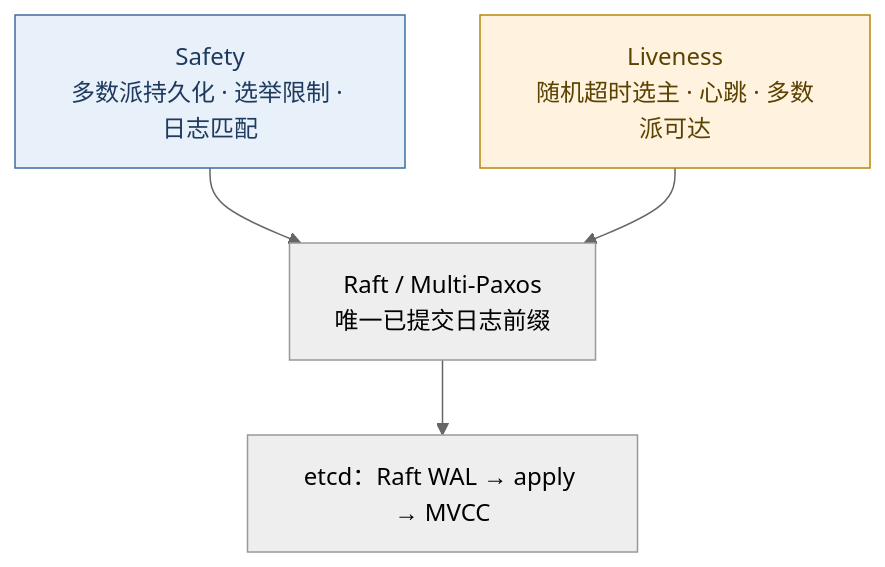
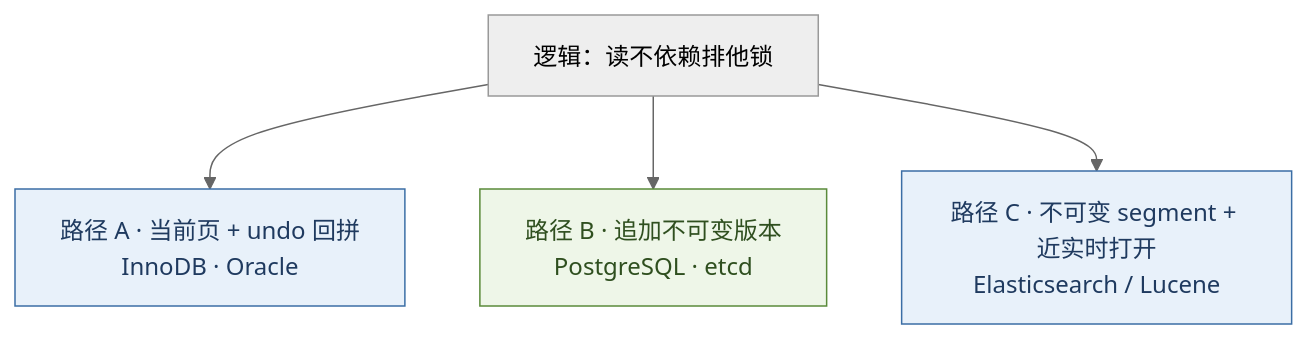
One commit to xiaxinyu/knowledge_base changed the second of 6 diagrams in 20-architecture/29a-data-store-wal-mvcc-treatise.md. Above: the diagram before and after it, drawn with Mermaid (neutral theme). The commit also changed other lines of this file and 1 other file, not shown here.

Commit message:
Revise Data Store WAL and MVCC treatise to clarify the concept of storage contracts and consensus logs. Update terminology and structure for better understanding of durability, concurrency, and cluster contracts. Enhance coherence with existing treatises and improve overall readability.

````diff
--- a/20-architecture/29a-data-store-wal-mvcc-treatise.md
+++ b/20-architecture/29a-data-store-wal-mvcc-treatise.md
@@ -277,11 +212,9 @@
 ```mermaid
 flowchart TB
-  classDef s fill:#e8f1fa,stroke:#3b6ea5,color:#1f3a5f
-  classDef l fill:#fff3e0,stroke:#b8860b,color:#5a4200
+  classDef a fill:#e8f1fa,stroke:#3b6ea5,color:#1f3a5f
+  classDef b fill:#eef6e8,stroke:#5a8a3a,color:#2f4f1f
 
-  S["Safety<br/>多数派持久化 · 选举限制 · 日志匹配"]:::s
-  L["Liveness<br/>随机超时选主 · 心跳 · 多数派可达"]:::l
-  S --> R["Raft / Multi-Paxos<br/>唯一已提交日志前缀"]
-  L --> R
-  R --> W["etcd：Raft WAL → apply → MVCC"]
+  M["逻辑：读不依赖排他锁"] --> U["路径 A · 当前页 + undo 回拼<br/>InnoDB · Oracle"]:::a
+  M --> H["路径 B · 追加不可变版本<br/>PostgreSQL · etcd"]:::b
+  M --> S["路径 C · 不可变 segment + 近实时打开<br/>Elasticsearch / Lucene"]:::a
 ```
````
